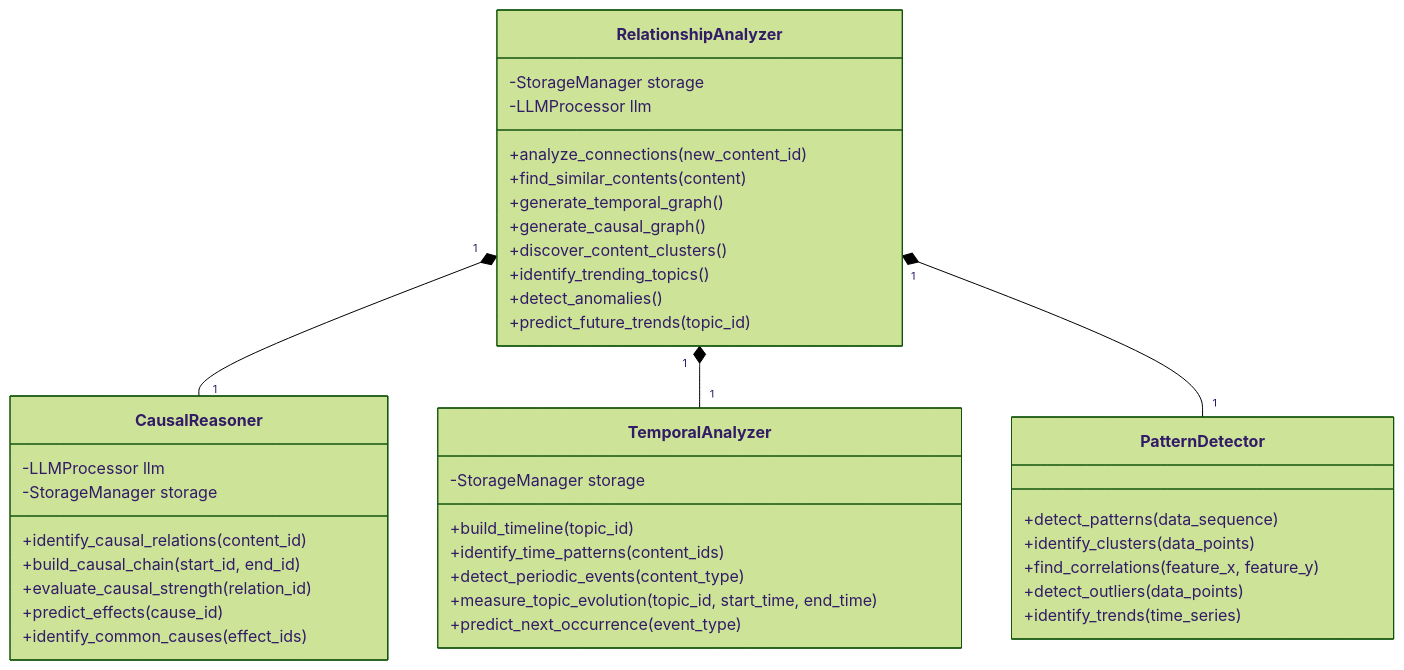
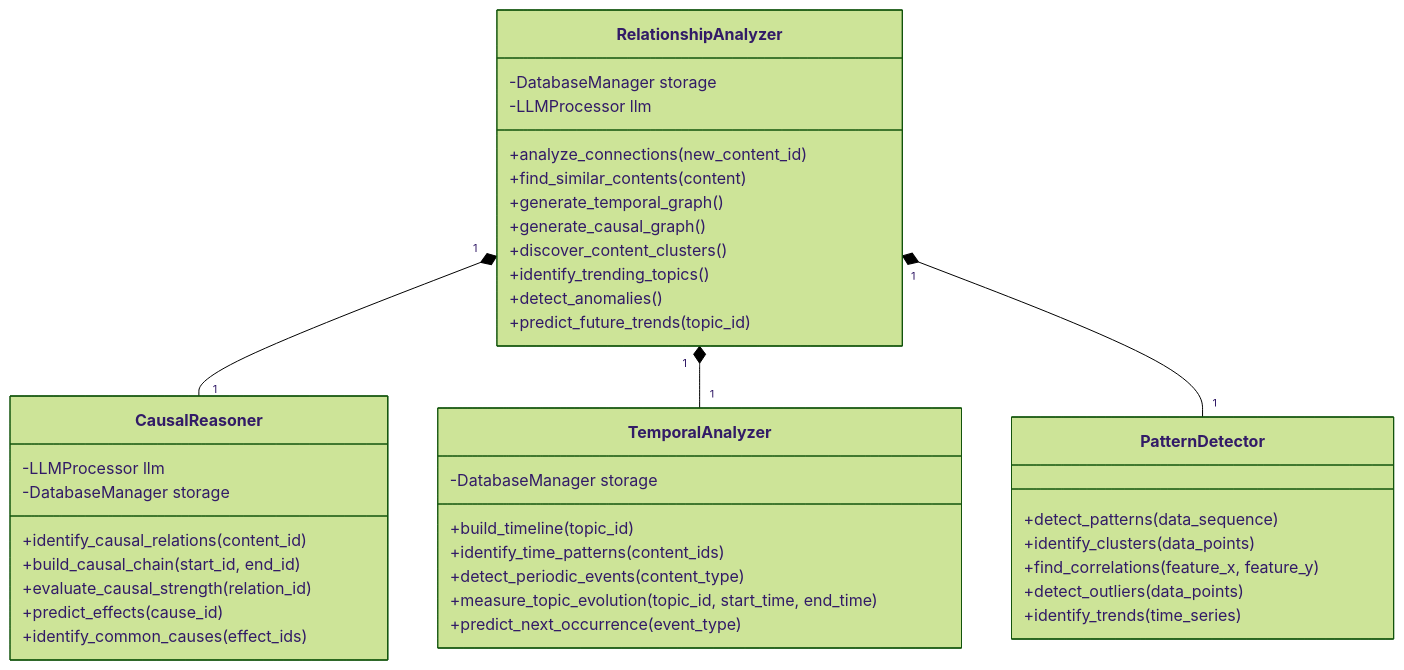
The sixth of 9 diagrams in docs/architecture.md (gtarcoder/insight-flow), drawn with Mermaid (forest theme) before and after one commit. The commit also changed other lines of this file and 21 other files, not shown here.

````diff
--- a/docs/architecture.md
+++ b/docs/architecture.md
@@ -252,46 +276,46 @@
 ```mermaid
 classDiagram
     class RelationshipAnalyzer {
-        -StorageManager storage
+        -DatabaseManager storage
         -LLMProcessor llm
         +analyze_connections(new_content_id)
         +find_similar_contents(content)
         +generate_temporal_graph()
         +generate_causal_graph()
         +discover_content_clusters()
         +identify_trending_topics()
         +detect_anomalies()
         +predict_future_trends(topic_id)
     }
     
     class CausalReasoner {
         -LLMProcessor llm
-        -StorageManager storage
+        -DatabaseManager storage
         +identify_causal_relations(content_id)
         +build_causal_chain(start_id, end_id)
         +evaluate_causal_strength(relation_id)
         +predict_effects(cause_id)
         +identify_common_causes(effect_ids)
     }
     
     class TemporalAnalyzer {
-        -StorageManager storage
+        -DatabaseManager storage
         +build_timeline(topic_id)
         +identify_time_patterns(content_ids)
         +detect_periodic_events(content_type)
         +measure_topic_evolution(topic_id, start_time, end_time)
         +predict_next_occurrence(event_type)
     }
     
     class PatternDetector {
         +detect_patterns(data_sequence)
         +identify_clusters(data_points)
         +find_correlations(feature_x, feature_y)
         +detect_outliers(data_points)
         +identify_trends(time_series)
     }
     
     RelationshipAnalyzer "1" *-- "1" CausalReasoner
     RelationshipAnalyzer "1" *-- "1" TemporalAnalyzer
     RelationshipAnalyzer "1" *-- "1" PatternDetector
 ```
````
